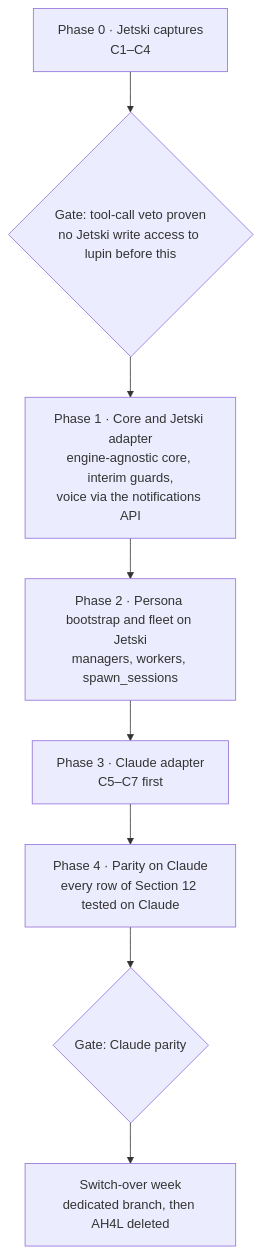
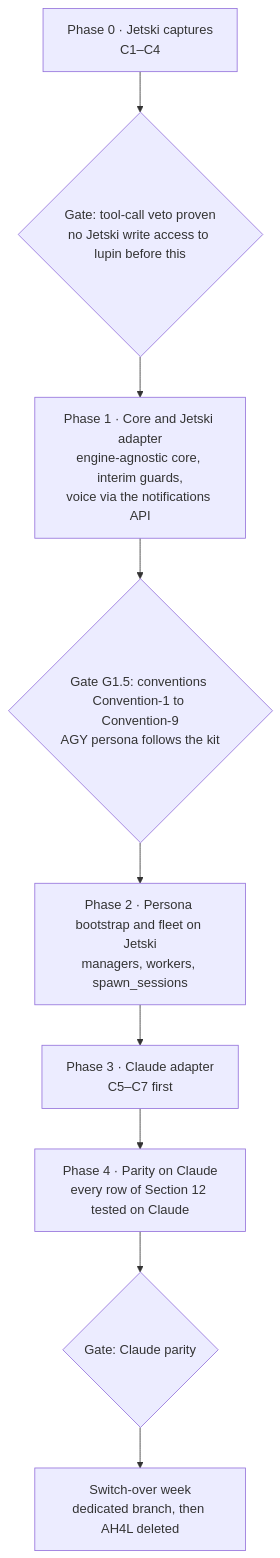
Before and after one commit to deepily/unified-headless-wrapper: the sixth of 6 diagrams in src/rnd/v0.0.1/01-framework.md, drawn with Mermaid. The commit also changed other lines of this file and 7 other files, not shown here.

````diff
--- a/src/rnd/v0.0.1/01-framework.md
+++ b/src/rnd/v0.0.1/01-framework.md
@@ -832,12 +835,13 @@
 ```mermaid
 flowchart TD
     P0["Phase 0 · Jetski captures<br/>C1–C4"]
     G1{"Gate: tool-call veto proven<br/>no Jetski write access to lupin before this"}
     P1["Phase 1 · Core and Jetski adapter<br/>engine-agnostic core, interim guards,<br/>voice via the notifications API"]
     P2["Phase 2 · Persona bootstrap and fleet on Jetski<br/>managers, workers, spawn_sessions"]
     P3["Phase 3 · Claude adapter<br/>C5–C7 first"]
     P4["Phase 4 · Parity on Claude<br/>every row of Section 12 tested on Claude"]
     G2{"Gate: Claude parity"}
     SO["Switch-over week<br/>dedicated branch, then AH4L deleted"]
-    P0 --> G1 --> P1 --> P2 --> P3 --> P4 --> G2 --> SO
+    G15{"Gate G1.5: conventions Convention-1 to Convention-9<br/>AGY persona follows the kit"}
+    P0 --> G1 --> P1 --> G15 --> P2 --> P3 --> P4 --> G2 --> SO
 ```
````
